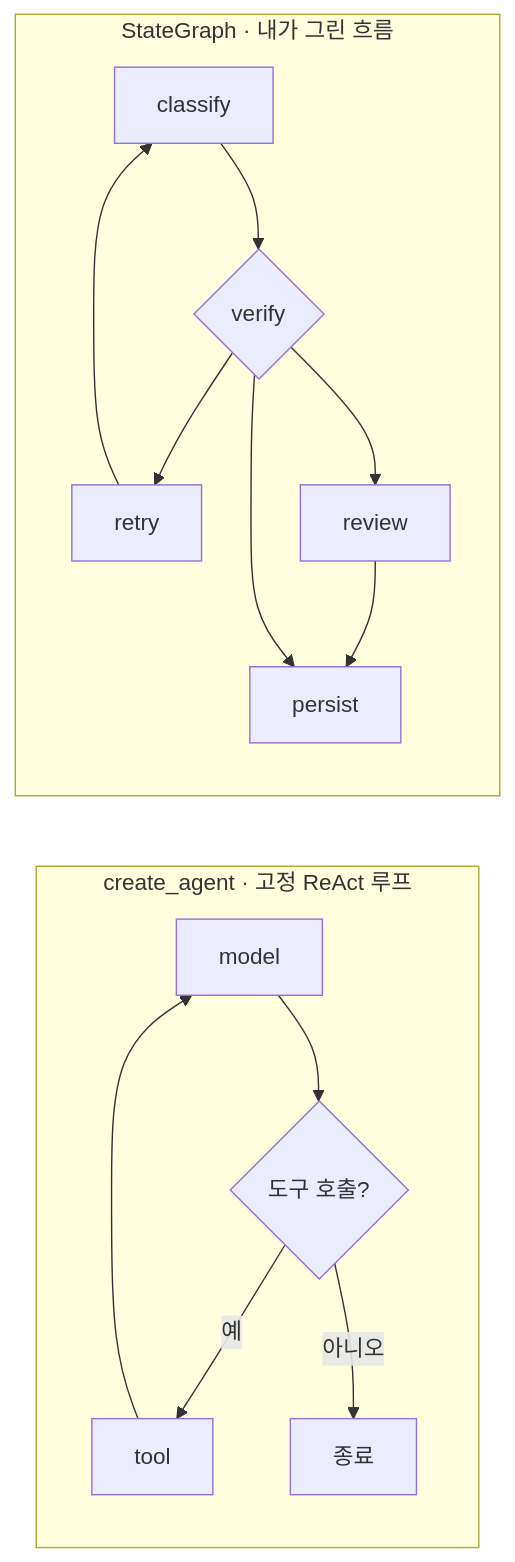
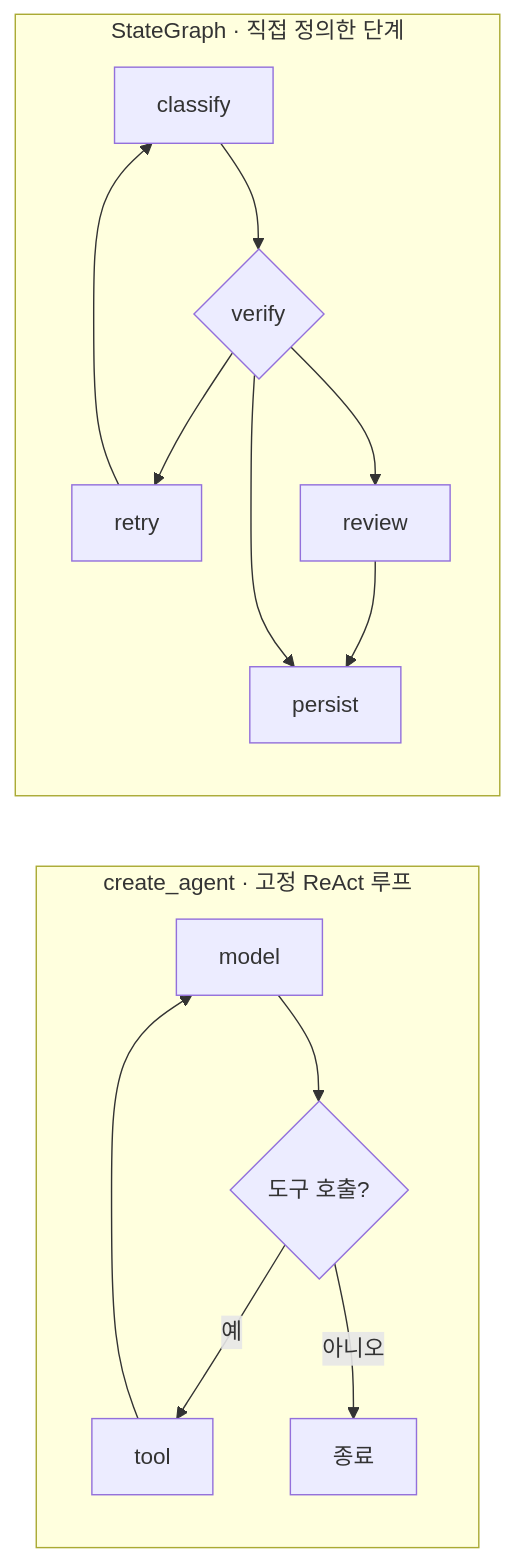
The first of 4 diagrams in books/md/Chapter 2. LangChain LangGraph Agent와 Harness 구조.md (Yo-sure/deepagents-handson), drawn with Mermaid before and after one commit. The commit also changed other lines of this file and 6 other files, not shown here.

````diff
--- a/books/md/Chapter 2. LangChain LangGraph Agent와 Harness 구조.md
+++ b/books/md/Chapter 2. LangChain LangGraph Agent와 Harness 구조.md
@@ -67,16 +67,16 @@
 ```mermaid
 flowchart LR
     subgraph A["create_agent · 고정 ReAct 루프"]
       direction TB
       M["model"] --> Q{"도구 호출?"}
       Q -->|"예"| TO["tool"] --> M
       Q -->|"아니오"| DN["종료"]
     end
-    subgraph B["StateGraph · 내가 그린 흐름"]
+    subgraph B["StateGraph · 직접 정의한 단계"]
       direction TB
       C["classify"] --> V{"verify"}
       V --> R["retry"] --> C
       V --> RV["review"] --> P["persist"]
       V --> P
     end
 ```
````
